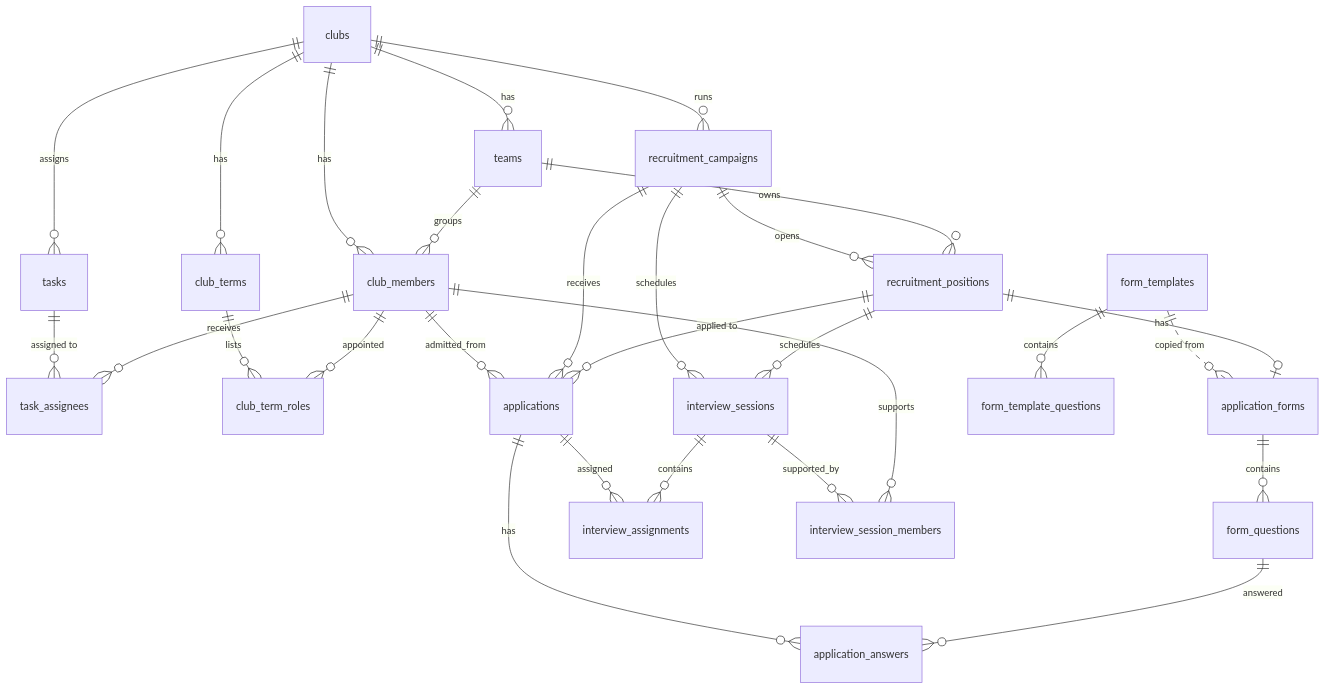
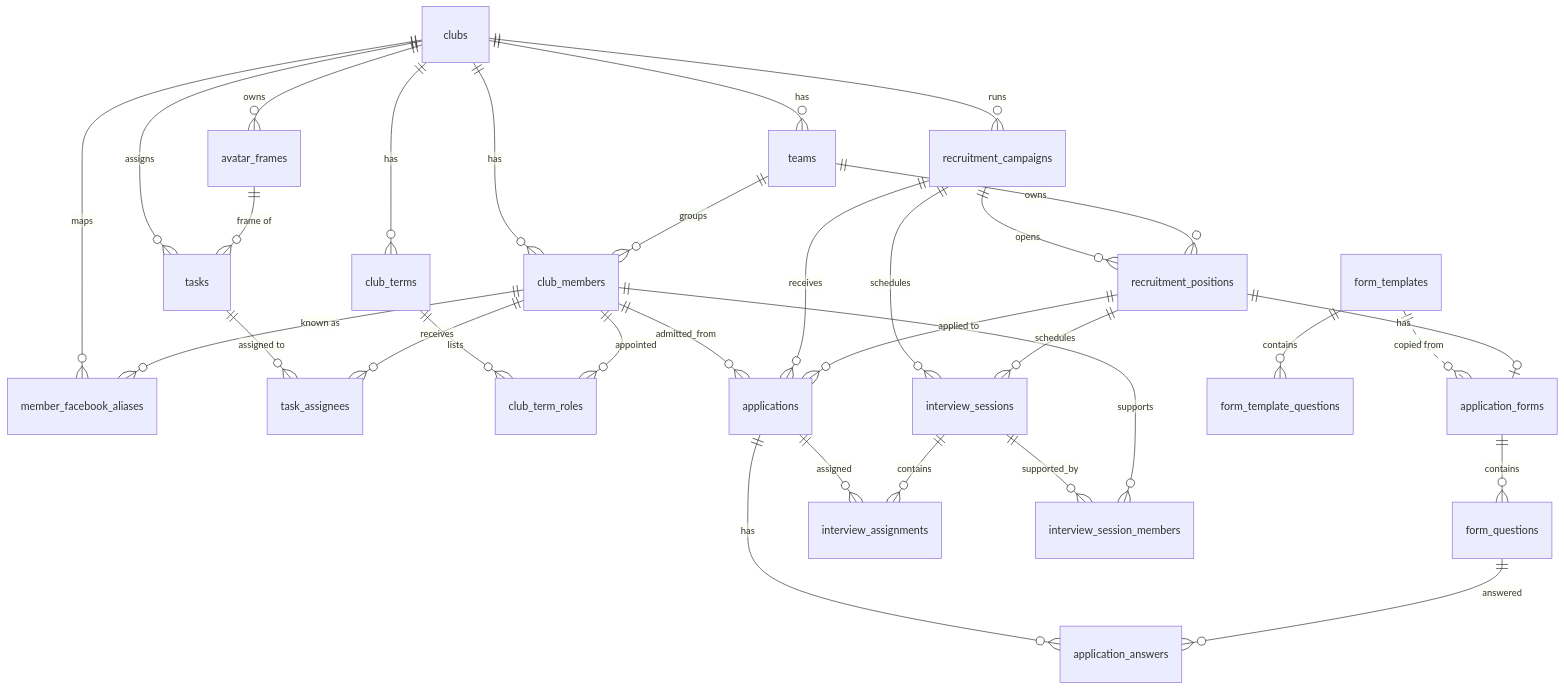
Before and after one commit to bitmis-max/bit-recruit: the diagram in docs/database.md, drawn with Mermaid. The commit also changed other lines of this file and 22 other files, not shown here.

First line of the commit message:
feat: Facebook engagement check via bookmarklet and avatar frames

````diff
--- a/docs/database.md
+++ b/docs/database.md
@@ -19,35 +19,39 @@
 ```mermaid
 erDiagram
     clubs ||--o{ club_members : has
     clubs ||--o{ teams : has
     clubs ||--o{ club_terms : has
     clubs ||--o{ tasks : assigns
+    clubs ||--o{ avatar_frames : owns
+    avatar_frames ||--o{ tasks : "frame of"
+    clubs ||--o{ member_facebook_aliases : maps
+    club_members ||--o{ member_facebook_aliases : "known as"
     tasks ||--o{ task_assignees : "assigned to"
     club_members ||--o{ task_assignees : receives
     club_terms ||--o{ club_term_roles : lists
     club_members ||--o{ club_term_roles : appointed
     club_members ||--o{ applications : admitted_from
     teams ||--o{ club_members : groups
     clubs ||--o{ recruitment_campaigns : runs
 
     recruitment_campaigns ||--o{ recruitment_positions : opens
     recruitment_campaigns ||--o{ applications : receives
     recruitment_campaigns ||--o{ interview_sessions : schedules
 
     teams ||--o{ recruitment_positions : owns
     recruitment_positions ||--o{ interview_sessions : schedules
 
     application_forms ||--o{ form_questions : contains
     form_templates ||--o{ form_template_questions : contains
     form_templates ||..o{ application_forms : "copied from"
     recruitment_positions ||--o| application_forms : has
 
     recruitment_positions ||--o{ applications : "applied to"
     applications ||--o{ application_answers : has
     form_questions ||--o{ application_answers : answered
 
     applications ||--o{ interview_assignments : assigned
     interview_sessions ||--o{ interview_assignments : contains
     interview_sessions ||--o{ interview_session_members : supported_by
     club_members ||--o{ interview_session_members : supports
 ```
````
